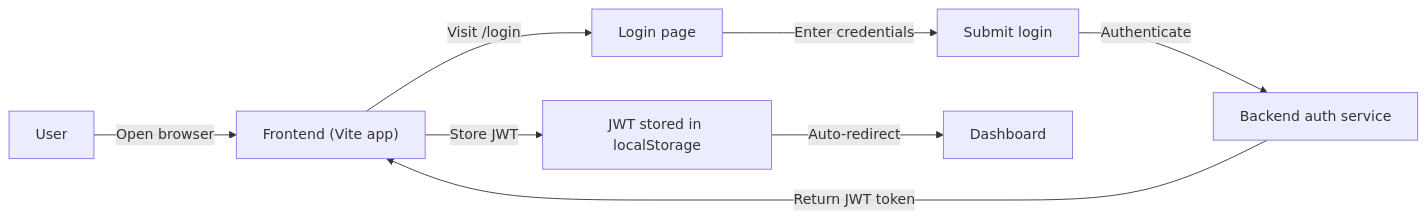
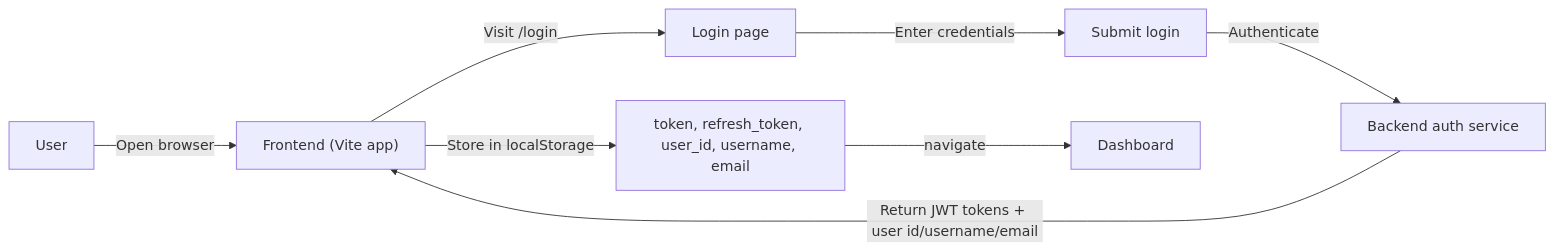
Before and after one commit to coliver/chess-trainer: the first of 2 diagrams in frontend/README.md, drawn with Mermaid. The commit also changed other lines of this file, not shown here.

````diff
--- a/frontend/README.md
+++ b/frontend/README.md
@@ -63,10 +79,10 @@
 ```mermaid
 flowchart LR
   U["User"] -->|Open browser| FE["Frontend (Vite app)"]
   FE -->|Visit /login| L["Login page"]
   L -->|Enter credentials| LF["Submit login"]
   LF -->|Authenticate| BE["Backend auth service"]
-  BE -->|Return JWT token| FE
-  FE -->|Store JWT| J["JWT stored in localStorage"]
-  J -->|Auto-redirect| D["Dashboard"]
+  BE -->|Return JWT tokens + user id/username/email| FE
+  FE -->|Store in localStorage| J["token, refresh_token, user_id, username, email"]
+  J -->|navigate| D["Dashboard"]
 ```
````
